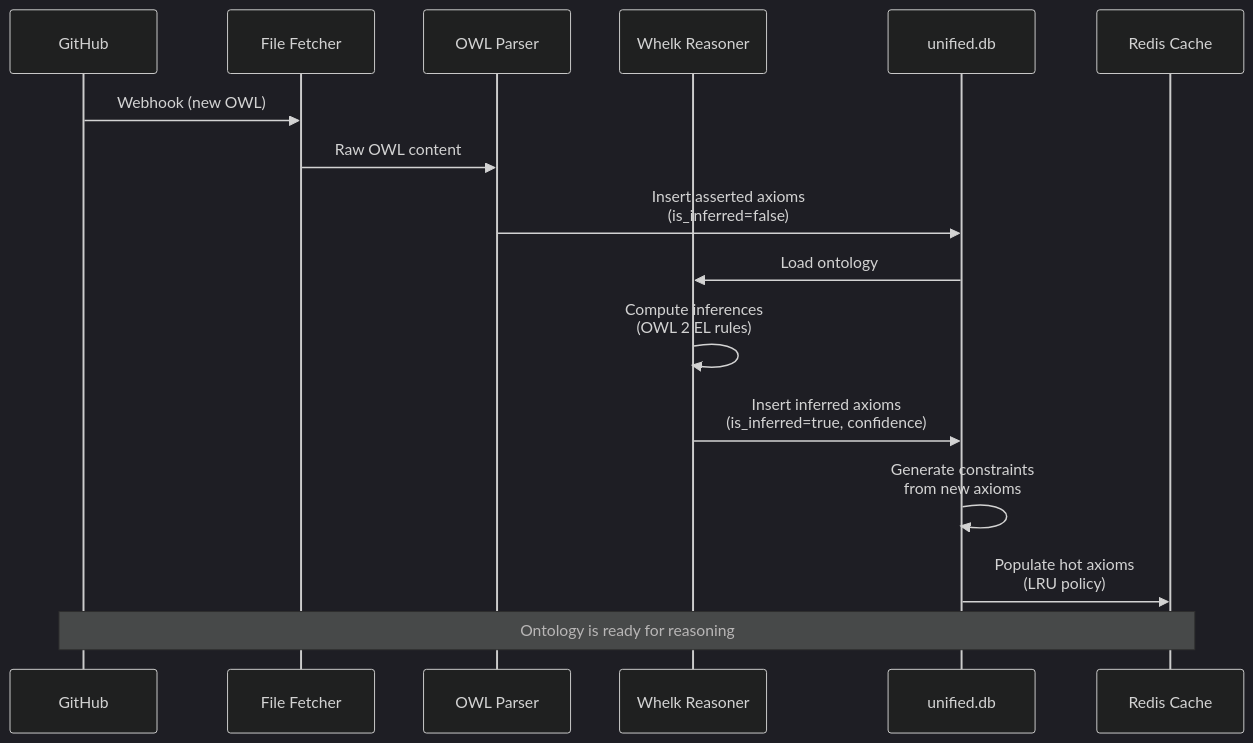
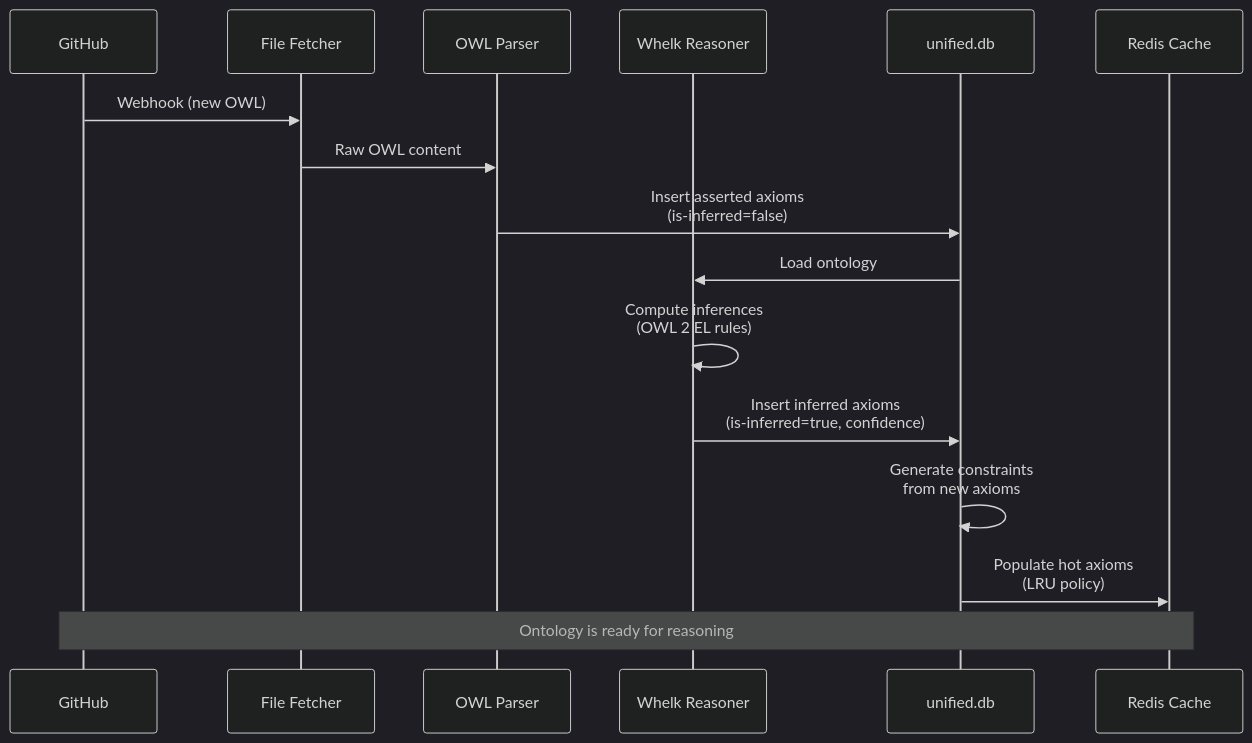
Before and after one commit to DreamLab-AI/VisionFlow: the second of 3 diagrams in docs/concepts/architecture/ontology-storage-architecture.md, drawn with Mermaid (dark theme). The commit also changed other lines of this file and 184 other files, not shown here.

````diff
--- a/docs/concepts/architecture/ontology-storage-architecture.md
+++ b/docs/concepts/architecture/ontology-storage-architecture.md
@@ -166,22 +166,22 @@
 ```mermaid
 sequenceDiagram
     participant GitHub
     participant Fetcher as File Fetcher
     participant Parser as OWL Parser
     participant Reasoner as Whelk Reasoner
     participant DB as unified.db
     participant Cache as Redis Cache
 
     GitHub->>Fetcher: Webhook (new OWL)
     Fetcher->>Parser: Raw OWL content
-    Parser->>DB: Insert asserted axioms<br/>(is_inferred=false)
+    Parser->>DB: Insert asserted axioms<br/>(is-inferred=false)
     DB->>Reasoner: Load ontology
 
     Reasoner->>Reasoner: Compute inferences<br/>(OWL 2 EL rules)
-    Reasoner->>DB: Insert inferred axioms<br/>(is_inferred=true, confidence)
+    Reasoner->>DB: Insert inferred axioms<br/>(is-inferred=true, confidence)
 
     DB->>DB: Generate constraints<br/>from new axioms
     DB->>Cache: Populate hot axioms<br/>(LRU policy)
 
     Note over GitHub,Cache: Ontology is ready for reasoning
 ```
````
